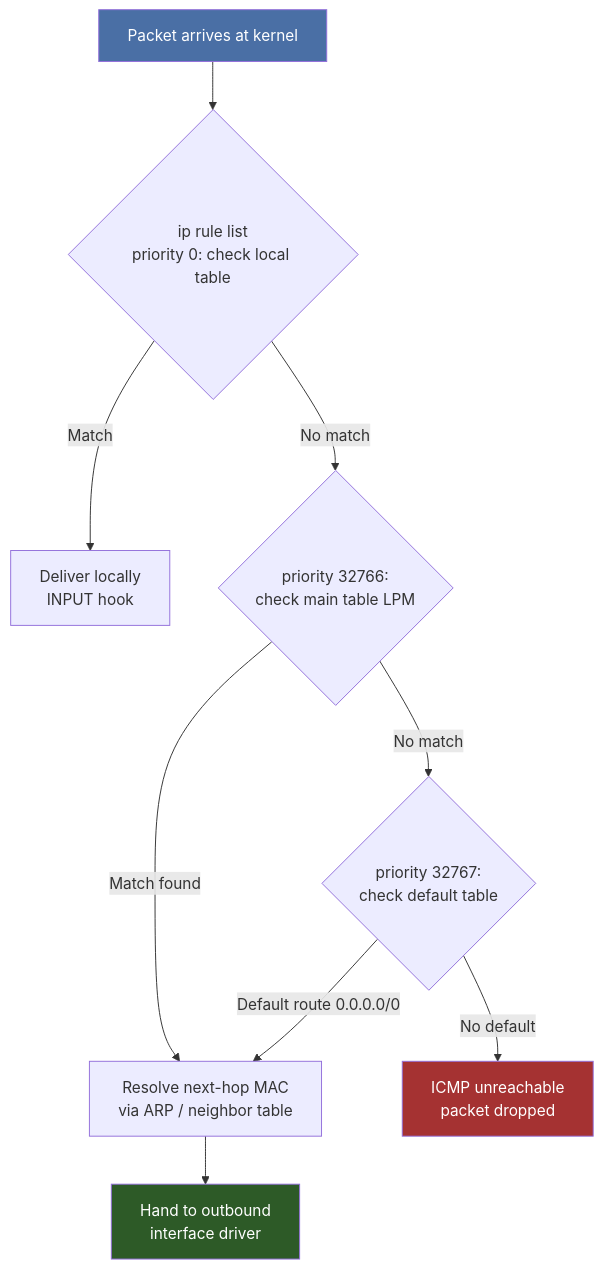
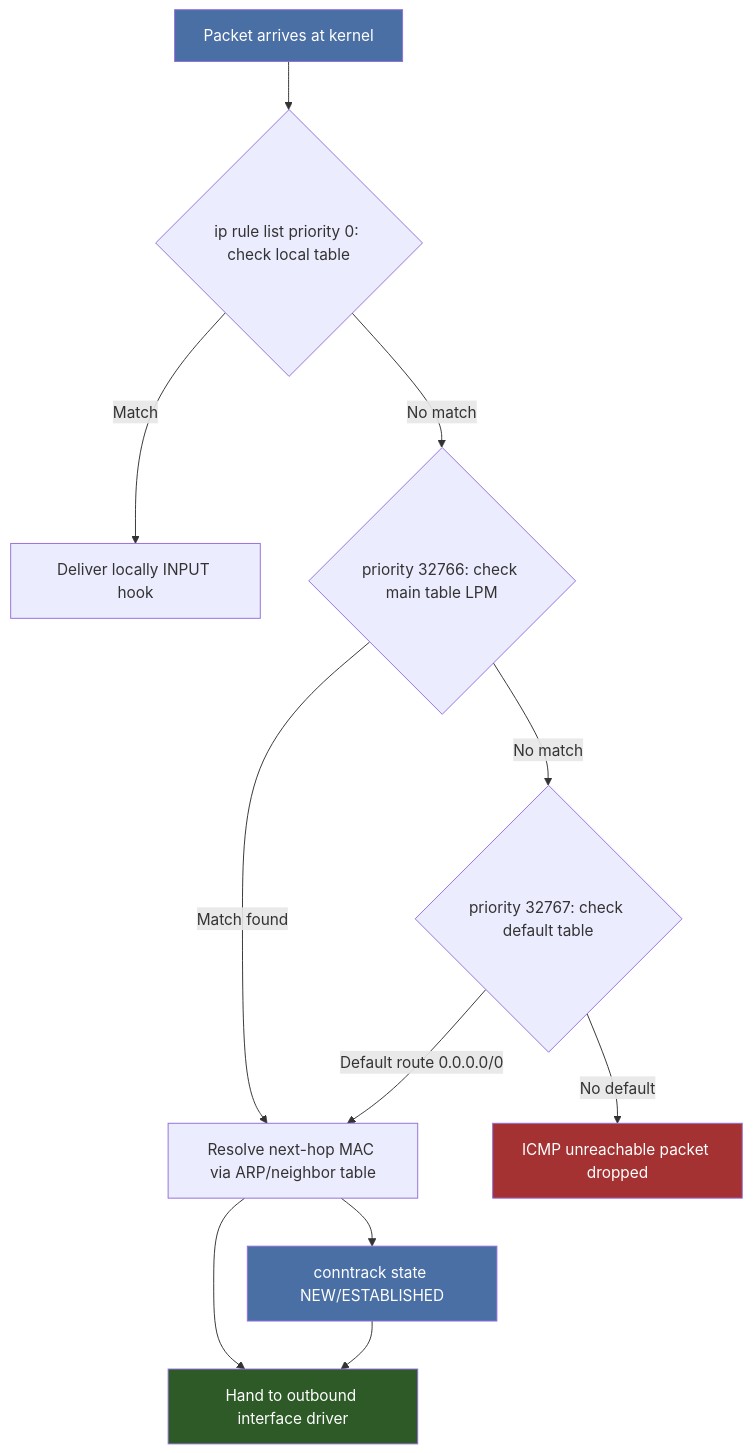
One commit to MykolaLebid/Kubernetes_networking_engineering changed the first of 2 diagrams in lessons/02-ip-routing-and-forwarding.md. Above: the diagram before and after it, drawn with Mermaid. The commit also changed other lines of this file and 35 other files, not shown here.

First line of the commit message:
Restructure all 34 lessons: Theory/Practice split, richer diagrams, industry examples, navigation

````diff
--- a/lessons/02-ip-routing-and-forwarding.md
+++ b/lessons/02-ip-routing-and-forwarding.md
@@ -25,15 +18,18 @@
 ```mermaid
 flowchart TD
-    A[Packet arrives at kernel] --> B{ip rule list\npriority 0: check local table}
-    B -->|Match| C[Deliver locally\nINPUT hook]
-    B -->|No match| D{priority 32766:\ncheck main table LPM}
-    D -->|Match found| E[Resolve next-hop MAC\nvia ARP / neighbor table]
-    D -->|No match| F{priority 32767:\ncheck default table}
-    F -->|Default route 0.0.0.0/0| E
-    F -->|No default| G[ICMP unreachable\npacket dropped]
-    E --> H[Hand to outbound\ninterface driver]
+    A["Packet arrives at kernel"] --> B{"ip rule list priority 0: check local table"}
+    B -->|Match| C["Deliver locally INPUT hook"]
+    B -->|No match| D{"priority 32766: check main table LPM"}
+    D -->|Match found| E["Resolve next-hop MAC via ARP/neighbor table"]
+    D -->|No match| F{"priority 32767: check default table"}
+    F -->|"Default route 0.0.0.0/0"| E
+    F -->|No default| G["ICMP unreachable packet dropped"]
+    E --> H["Hand to outbound interface driver"]
+    E --> I["conntrack state NEW/ESTABLISHED"]
+    I --> H
 
     style A fill:#4a6fa5,color:#fff
     style G fill:#a53232,color:#fff
     style H fill:#2d5a27,color:#fff
+    style I fill:#4a6fa5,color:#fff
 ```
````
